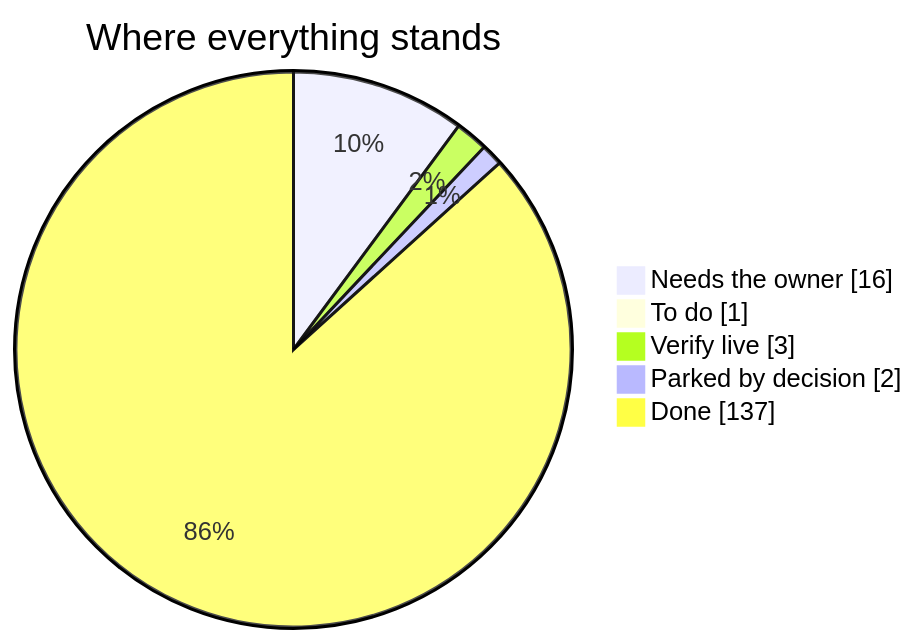
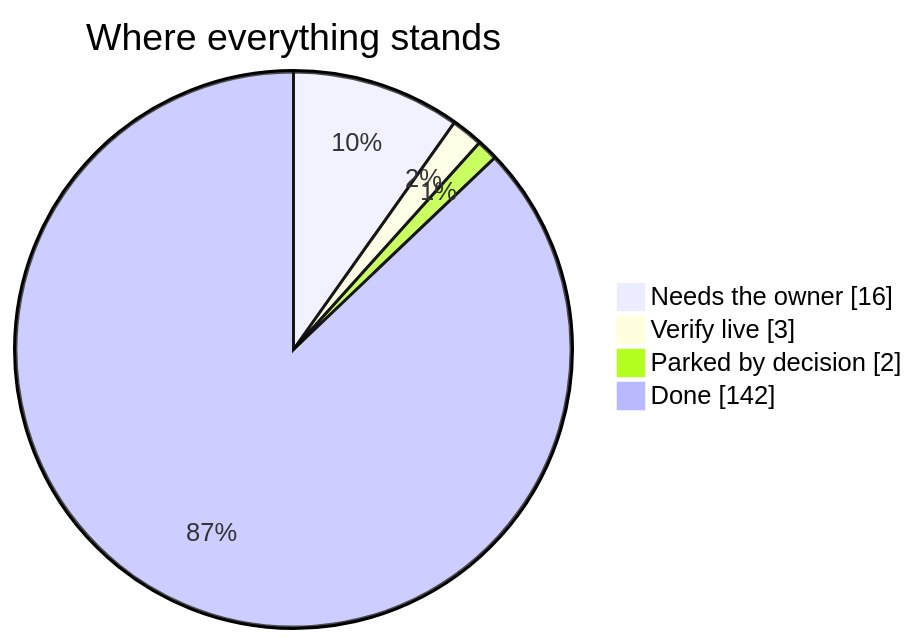
Before and after one commit to divitkej/gradlink: the diagram in launch-board/README.md, drawn with Mermaid. The commit also changed other lines of this file and 4 other files, not shown here.

````diff
--- a/launch-board/README.md
+++ b/launch-board/README.md
@@ -11,9 +11,8 @@
 ```mermaid
 pie showData
   title Where everything stands
   "Needs the owner" : 16
-  "To do" : 1
   "Verify live" : 3
   "Parked by decision" : 2
-  "Done" : 137
+  "Done" : 142
 ```
````
